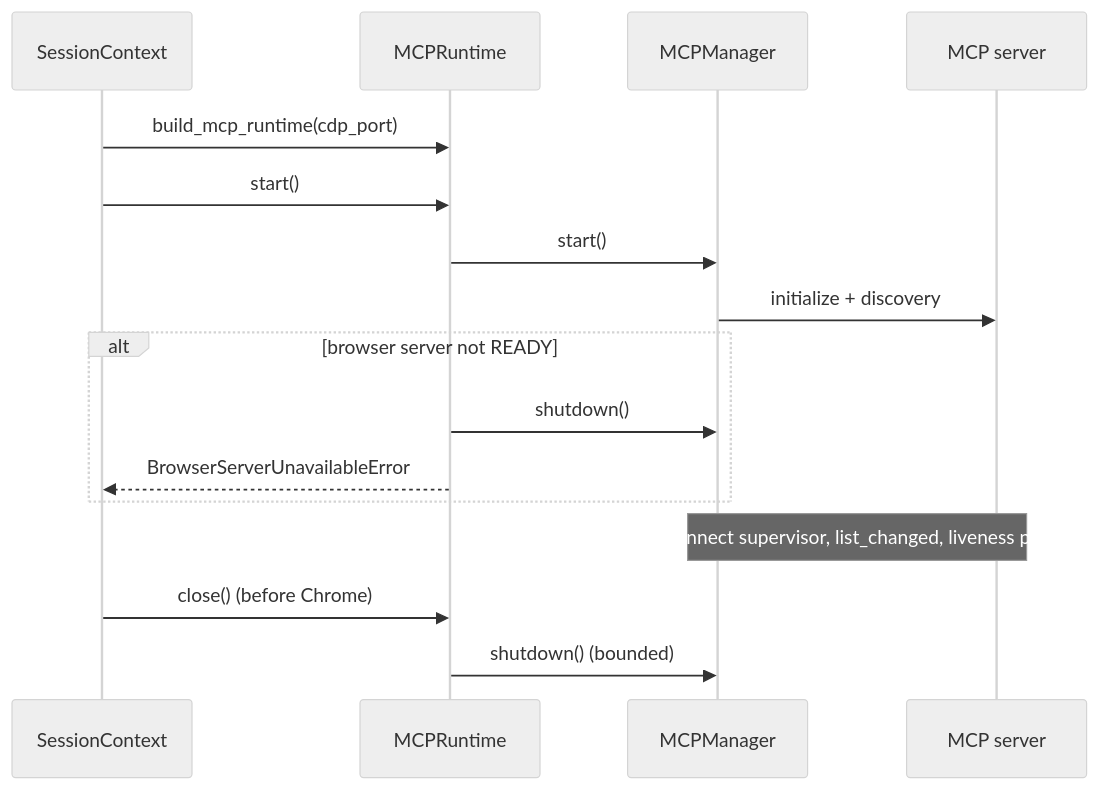
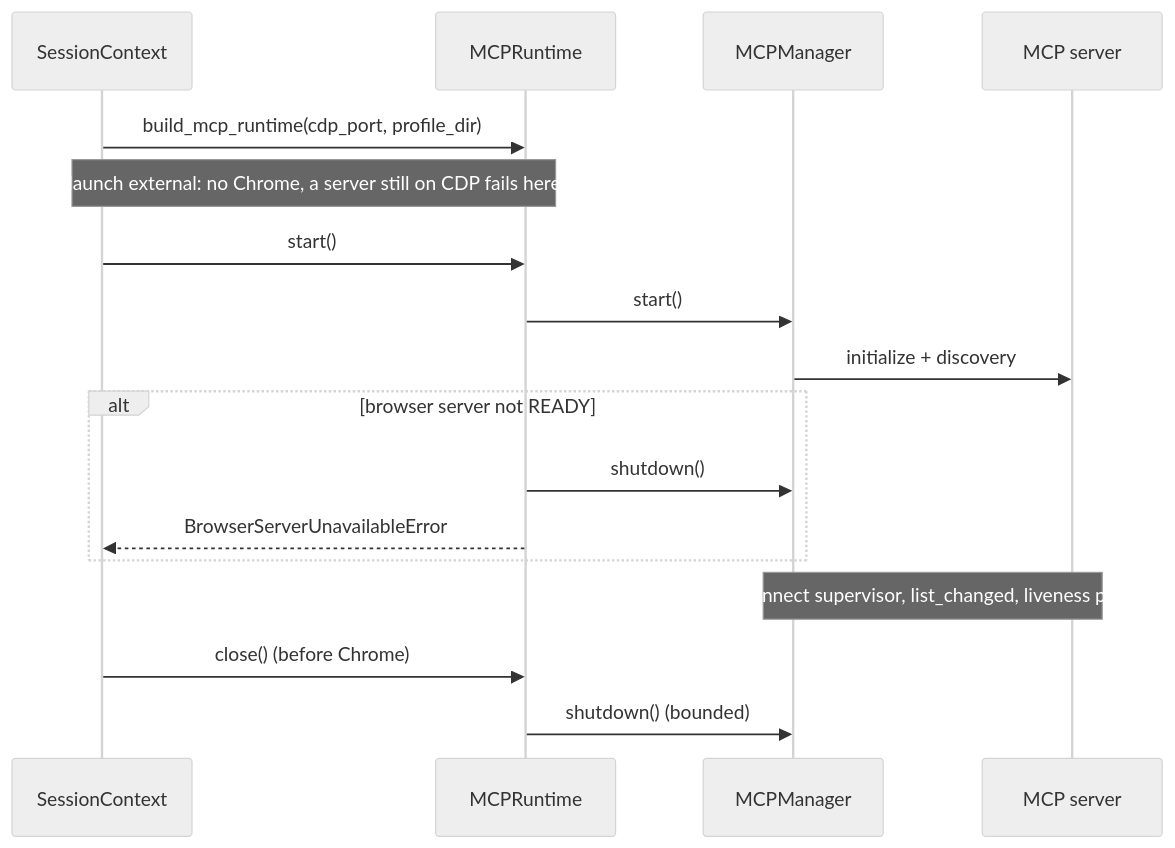
One commit to Hastur456/AutoBrowser changed the second of 2 diagrams in docs/diagrams/mcp-runtime.md. Above: the diagram before and after it, drawn with Mermaid (neutral theme). The commit also changed other lines of this file and 11 other files, not shown here.

First line of the commit message:
docs(diagrams): fix broken Mermaid diagrams and redraw the tangled ones

````diff
--- a/docs/diagrams/mcp-runtime.md
+++ b/docs/diagrams/mcp-runtime.md
@@ -28,19 +29,20 @@
 ```mermaid
 sequenceDiagram
   participant Session as SessionContext
   participant Runtime as MCPRuntime
   participant Manager as MCPManager
   participant Server as MCP server
 
-  Session->>Runtime: build_mcp_runtime(cdp_port)
+  Session->>Runtime: build_mcp_runtime(cdp_port, profile_dir)
+  Note over Session,Runtime: launch external: no Chrome, a server still on CDP fails here
   Session->>Runtime: start()
   Runtime->>Manager: start()
   Manager->>Server: initialize + discovery
   alt browser server not READY
     Runtime->>Manager: shutdown()
     Runtime-->>Session: BrowserServerUnavailableError
   end
   Note over Manager,Server: reconnect supervisor, list_changed, liveness pings
   Session->>Runtime: close() (before Chrome)
   Runtime->>Manager: shutdown() (bounded)
 ```
````
